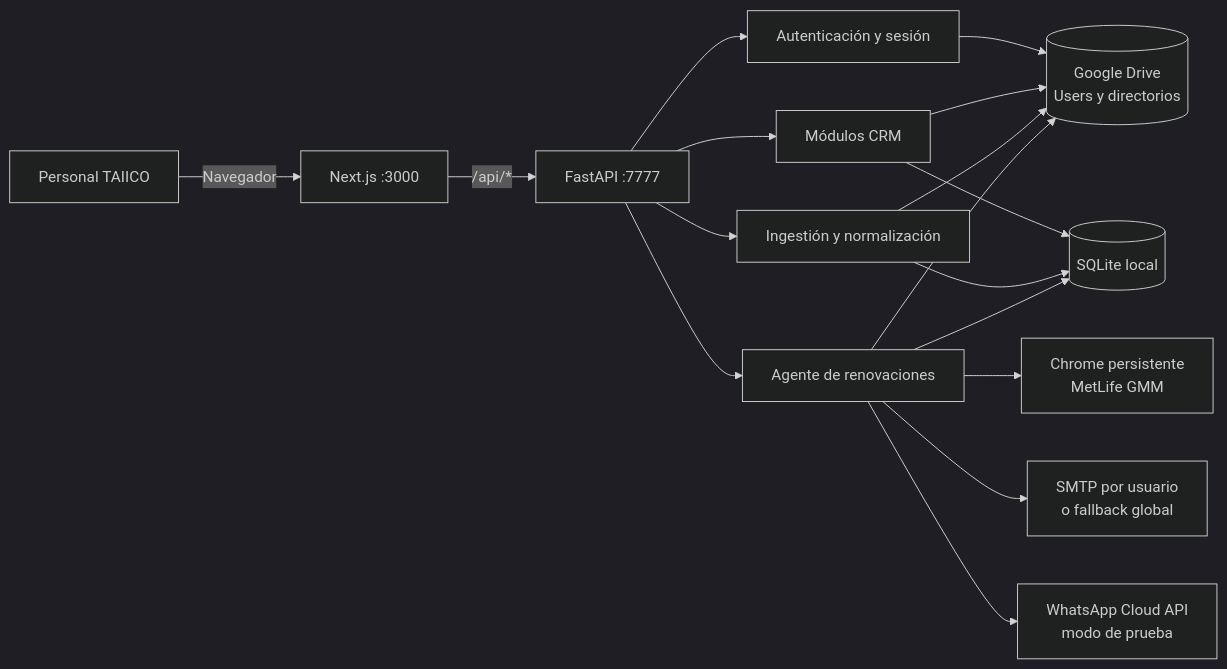
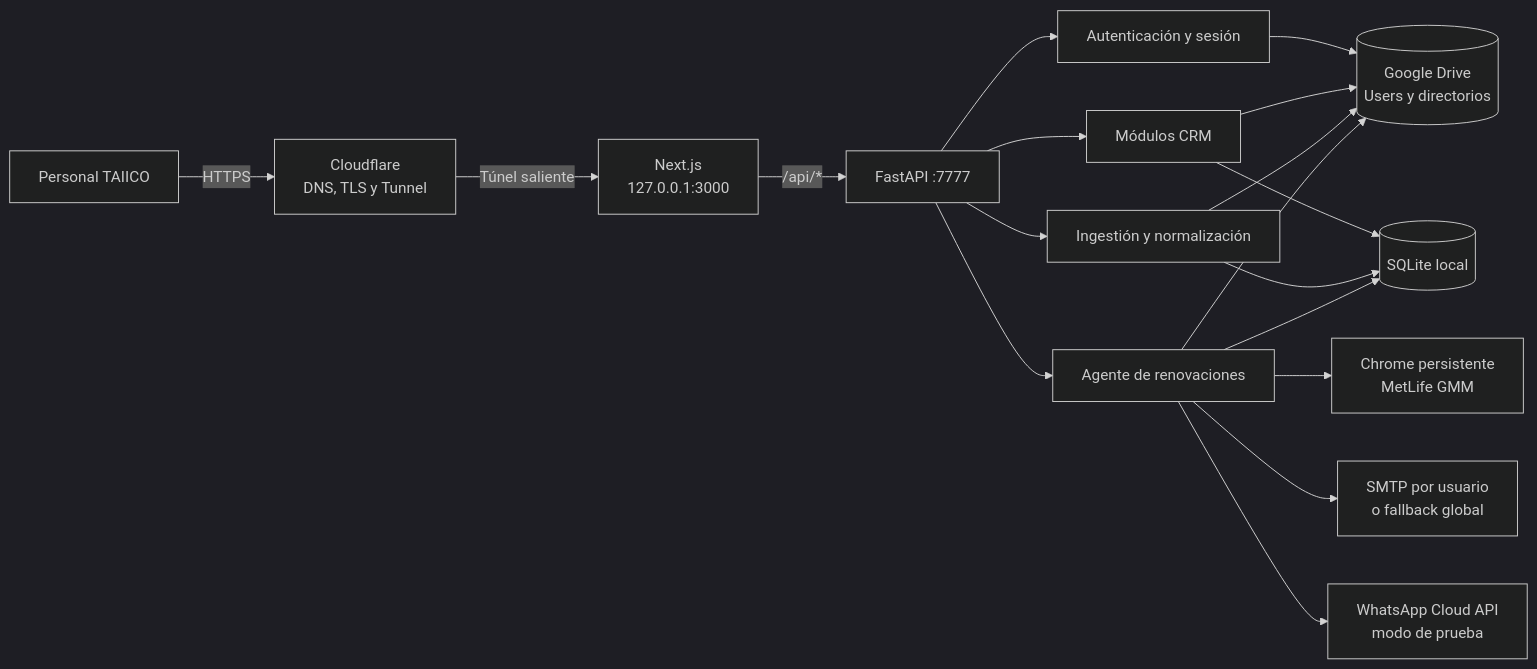
One commit to Plauto679/taiico-crm changed the first of 2 diagrams in arquitectura.md. Above: the diagram before and after it, drawn with Mermaid (dark theme). The commit also changed other lines of this file and 13 other files, not shown here.

````diff
--- a/arquitectura.md
+++ b/arquitectura.md
@@ -22,23 +23,24 @@
 ```mermaid
 flowchart LR
-    U[Personal TAIICO] -->|Navegador| FE[Next.js :3000]
+    U[Personal TAIICO] -->|HTTPS| CF[Cloudflare<br/>DNS, TLS y Tunnel]
+    CF -->|Túnel saliente| FE[Next.js<br/>127.0.0.1:3000]
     FE -->|/api/*| BE[FastAPI :7777]
 
     BE --> AUTH[Autenticación y sesión]
     BE --> CRM[Módulos CRM]
     BE --> ING[Ingestión y normalización]
     BE --> AG[Agente de renovaciones]
 
     AUTH --> GD[(Google Drive<br/>Users y directorios)]
     CRM --> GD
     ING --> GD
     AG --> GD
 
     CRM --> DB[(SQLite local)]
     ING --> DB
     AG --> DB
 
     AG --> CH[Chrome persistente<br/>MetLife GMM]
     AG --> SMTP[SMTP por usuario<br/>o fallback global]
     AG --> WA[WhatsApp Cloud API<br/>modo de prueba]
 ```
````
